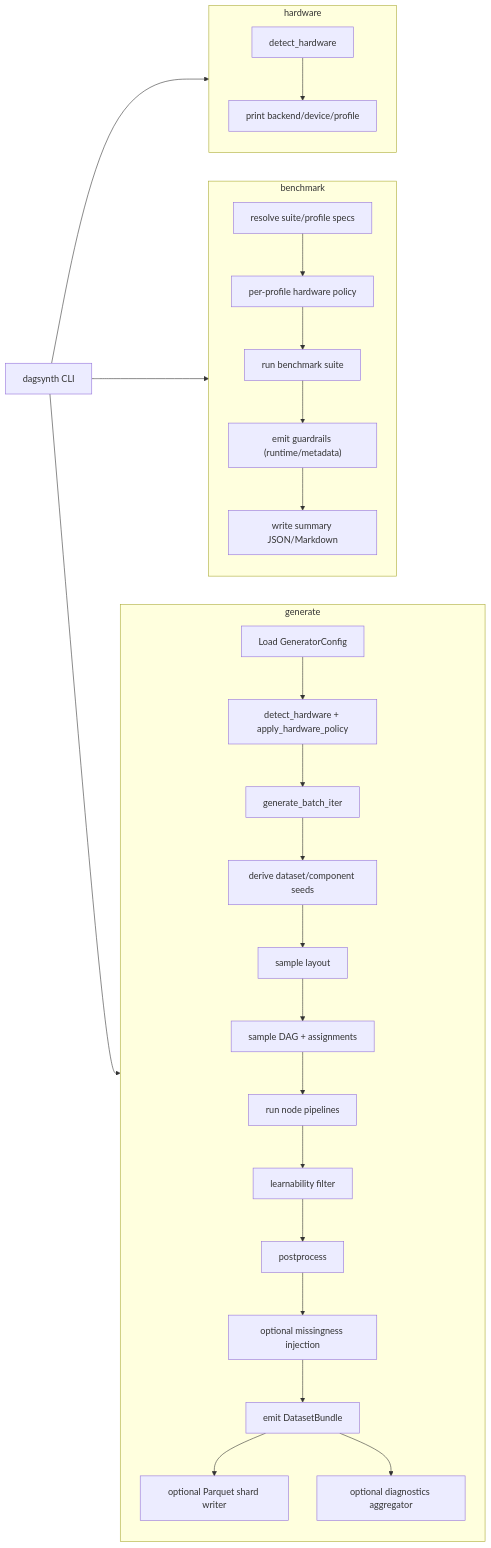
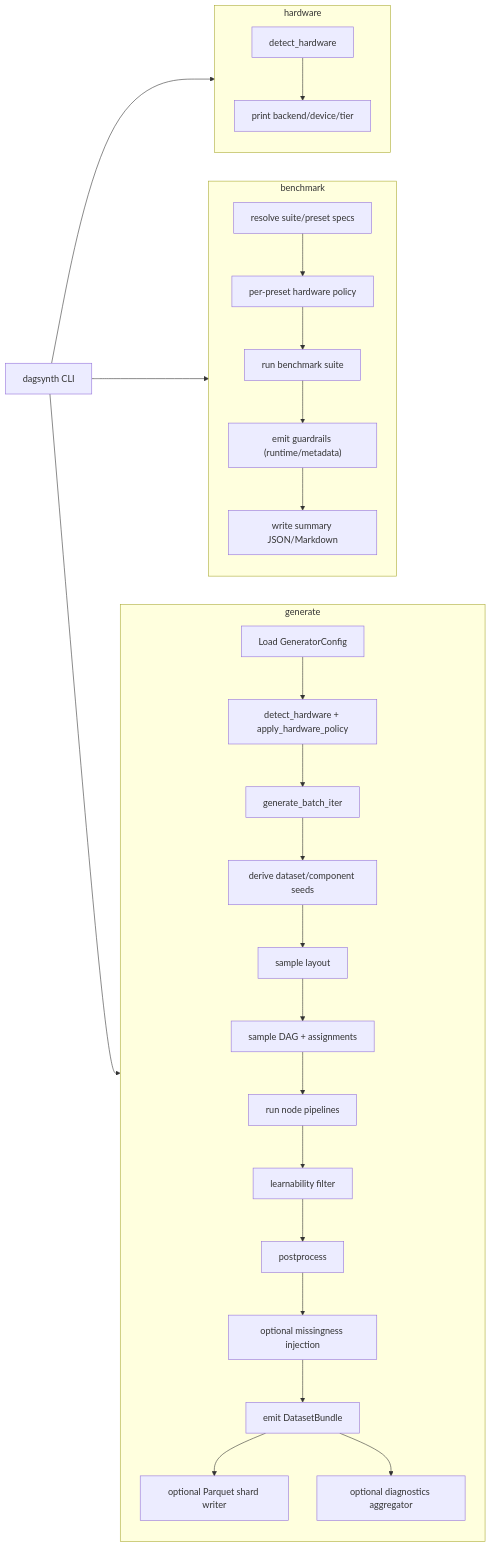
Before and after one commit to bensonlee5/dagzoo: the first of 2 diagrams in docs/how-it-works.md, drawn with Mermaid. The commit also changed other lines of this file and 74 other files, not shown here.

````diff
--- a/docs/how-it-works.md
+++ b/docs/how-it-works.md
@@ -37,37 +37,37 @@
 ```mermaid
 flowchart LR
     CLI["dagsynth CLI"]
 
     CLI --> Cfg
     CLI --> BCfg
     CLI --> Detect
 
     subgraph GeneratePath["generate"]
         direction TB
         Cfg["Load GeneratorConfig"] --> Tune["detect_hardware + apply_hardware_policy"]
         Tune --> Loop["generate_batch_iter"]
         Loop --> Seed["derive dataset/component seeds"]
         Seed --> Layout["sample layout"]
         Layout --> DAG["sample DAG + assignments"]
         DAG --> Exec["run node pipelines"]
         Exec --> Filter["learnability filter"]
         Filter --> Post["postprocess"]
         Post --> Missing["optional missingness injection"]
         Missing --> Bundle["emit DatasetBundle"]
         Bundle --> Write["optional Parquet shard writer"]
         Bundle --> Diag["optional diagnostics aggregator"]
     end
 
     subgraph BenchPath["benchmark"]
         direction TB
-        BCfg["resolve suite/profile specs"] --> BTune["per-profile hardware policy"]
+        BCfg["resolve suite/preset specs"] --> BTune["per-preset hardware policy"]
         BTune --> Runs["run benchmark suite"]
         Runs --> Guards["emit guardrails (runtime/metadata)"]
         Guards --> Reports["write summary JSON/Markdown"]
     end
 
     subgraph HardwarePath["hardware"]
         direction TB
-        Detect["detect_hardware"] --> Print["print backend/device/profile"]
+        Detect["detect_hardware"] --> Print["print backend/device/tier"]
     end
 ```
````
